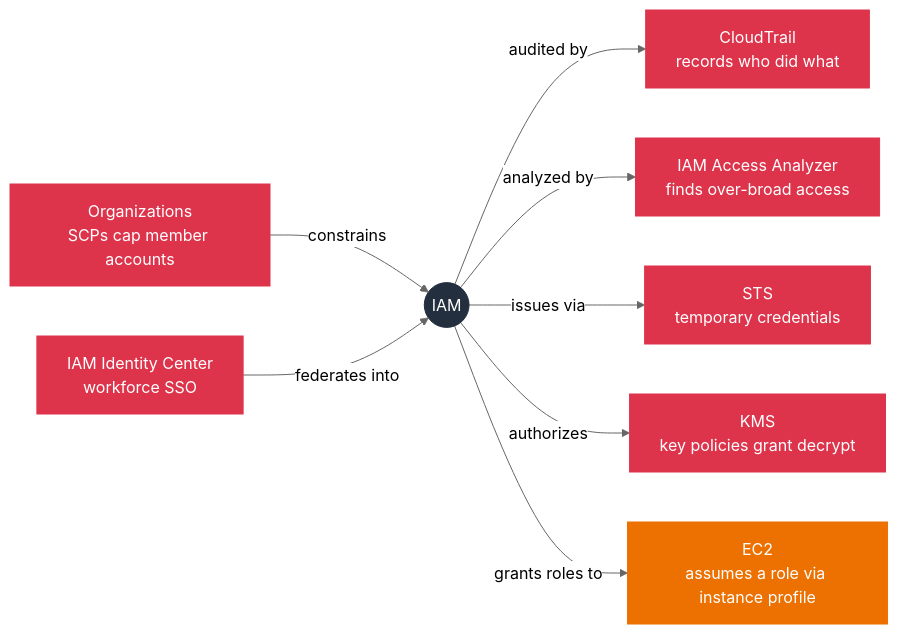
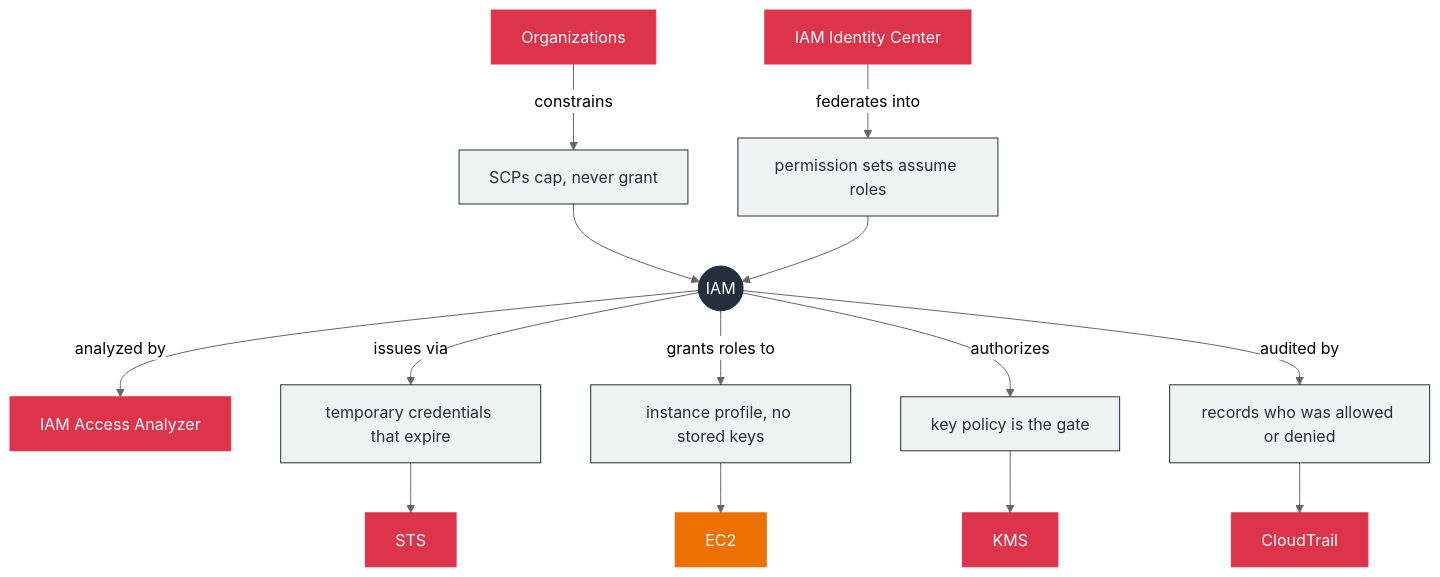
One commit to GabrielAlmeidaFlores/AWS-CloudOps-Engineer-Associate-Doc changed the second of 2 diagrams in 02-services/13-security-identity-compliance/01-iam/README.md. Above: the diagram before and after it, drawn with Mermaid (neutral theme). The commit also changed other lines of this file and 3 other files, not shown here.

Commit message:
:zap: update: mind map

````diff
--- a/02-services/13-security-identity-compliance/01-iam/README.md
+++ b/02-services/13-security-identity-compliance/01-iam/README.md
@@ -72,24 +72,25 @@
 ```mermaid
-flowchart LR
+flowchart TD
     IAM(("IAM"))
-    CT["CloudTrail<br/>records who did what"]
-    AA["IAM Access Analyzer<br/>finds over-broad access"]
-    ORG["Organizations<br/>SCPs cap member accounts"]
-    IC["IAM Identity Center<br/>workforce SSO"]
-    STS["STS<br/>temporary credentials"]
-    KMS["KMS<br/>key policies grant decrypt"]
-    EC2["EC2<br/>assumes a role via instance profile"]
-    IAM -->|"audited by"| CT
+    CT["CloudTrail"]
+    AA["IAM Access Analyzer"]
+    ORG["Organizations"]
+    IC["IAM Identity Center"]
+    STS["STS"]
+    KMS["KMS"]
+    EC2["EC2"]
+    ORG -->|"constrains"| N1["SCPs cap, never grant"]:::note --> IAM
+    IC -->|"federates into"| N2["permission sets assume roles"]:::note --> IAM
+    IAM -->|"issues via"| N3["temporary credentials that expire"]:::note --> STS
+    IAM -->|"grants roles to"| N4["instance profile, no stored keys"]:::note --> EC2
+    IAM -->|"authorizes"| N5["key policy is the gate"]:::note --> KMS
+    IAM -->|"audited by"| N6["records who was allowed or denied"]:::note --> CT
     IAM -->|"analyzed by"| AA
-    ORG -->|"constrains"| IAM
-    IC -->|"federates into"| IAM
-    IAM -->|"issues via"| STS
-    IAM -->|"authorizes"| KMS
-    IAM -->|"grants roles to"| EC2
     classDef security fill:#DD344C,stroke:#DD344C,color:#ffffff
     classDef compute fill:#ED7100,stroke:#ED7100,color:#ffffff
     classDef actor fill:#232F3E,stroke:#232F3E,color:#ffffff
+    classDef note fill:#F1F3F3,stroke:#232F3E,color:#232F3E
     class IAM actor
     class CT,AA,ORG,IC,STS,KMS security
     class EC2 compute
 ```
````
